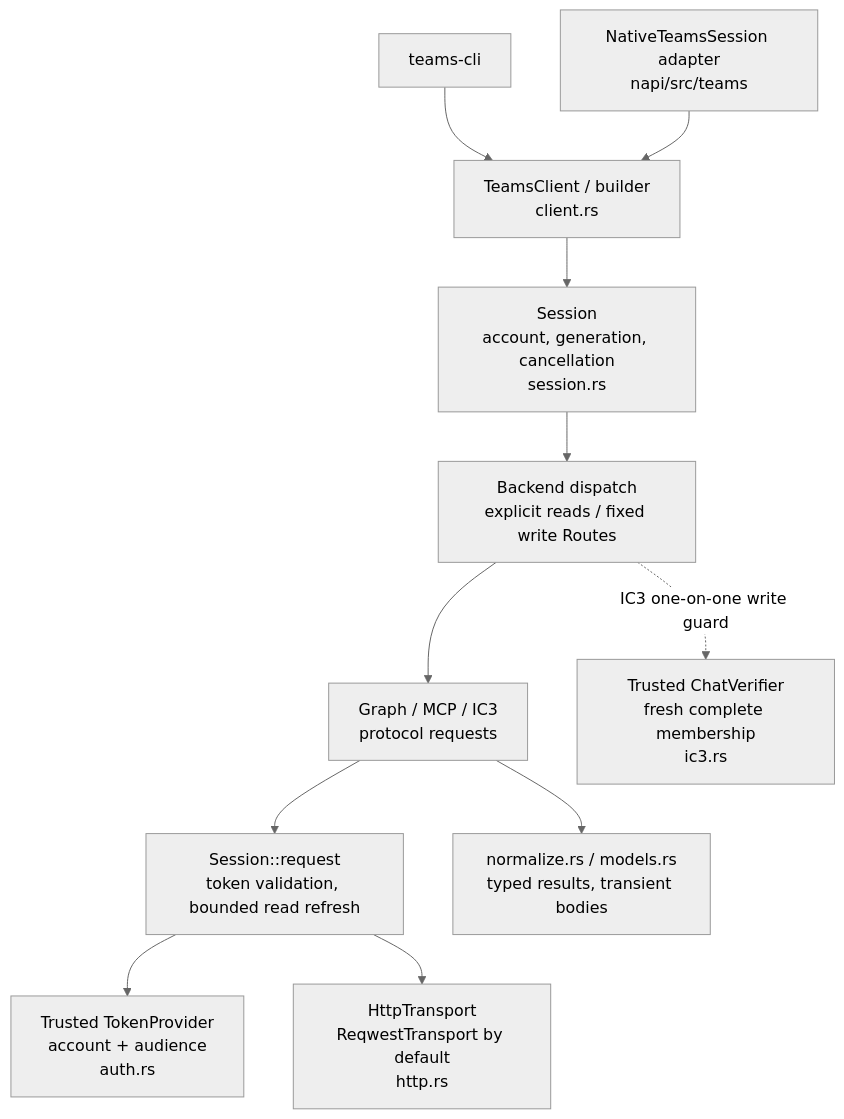
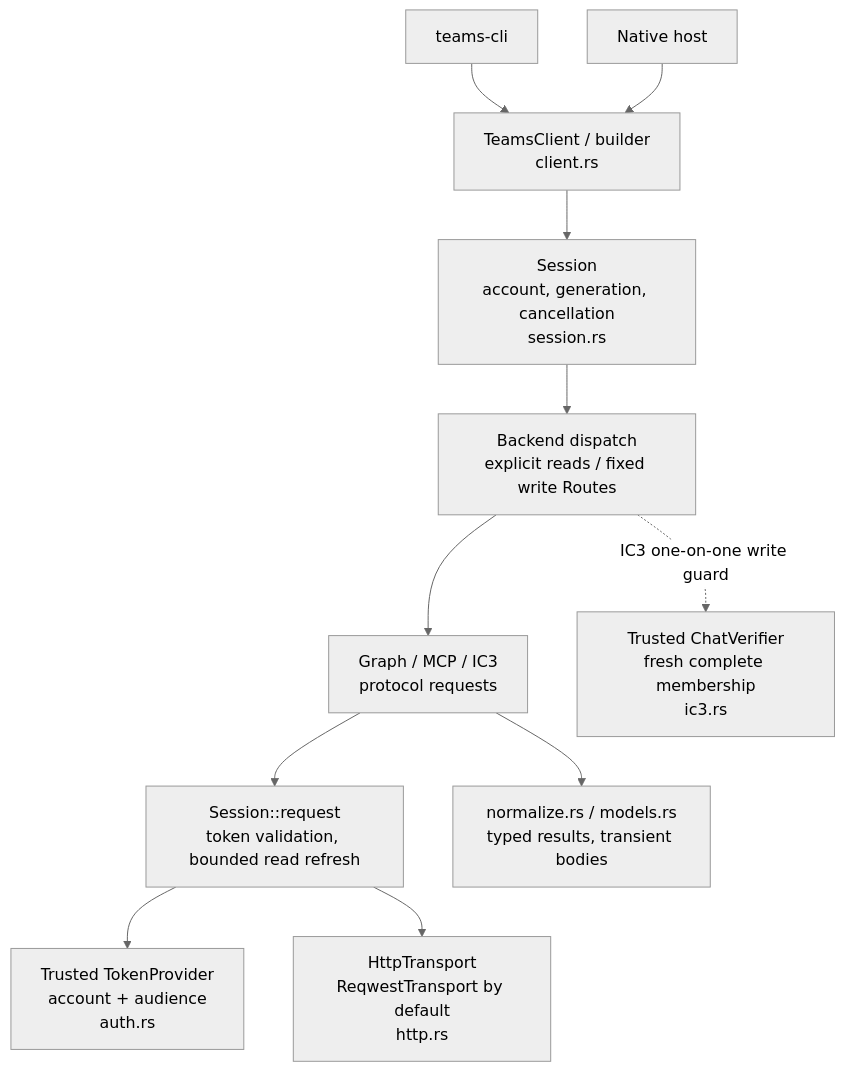
The first of 2 diagrams in packages/coc-native/rust/teams-sdk/AGENTS.md (plusplusoneplusplus/shortcuts), drawn with Mermaid (neutral theme) before and after one commit. The commit also changed other lines of this file and 88 other files, not shown here.

````diff
--- a/packages/coc-native/rust/teams-sdk/AGENTS.md
+++ b/packages/coc-native/rust/teams-sdk/AGENTS.md
@@ -51,13 +54,13 @@
 ```mermaid
 flowchart TD
     CLI["teams-cli"] --> Client["TeamsClient / builder<br/>client.rs"]
-    Native["NativeTeamsSession adapter<br/>napi/src/teams"] --> Client
+    Native["Native host"] --> Client
     Client --> Session["Session<br/>account, generation, cancellation<br/>session.rs"]
     Session --> Dispatch["Backend dispatch<br/>explicit reads / fixed write Routes"]
     Dispatch --> Protocol["Graph / MCP / IC3<br/>protocol requests"]
     Protocol --> Request["Session::request<br/>token validation, bounded read refresh"]
     Request --> Tokens["Trusted TokenProvider<br/>account + audience<br/>auth.rs"]
     Request --> HTTP["HttpTransport<br/>ReqwestTransport by default<br/>http.rs"]
     Dispatch -. "IC3 one-on-one write guard" .-> Verifier["Trusted ChatVerifier<br/>fresh complete membership<br/>ic3.rs"]
     Protocol --> Normalize["normalize.rs / models.rs<br/>typed results, transient bodies"]
 ```
````
